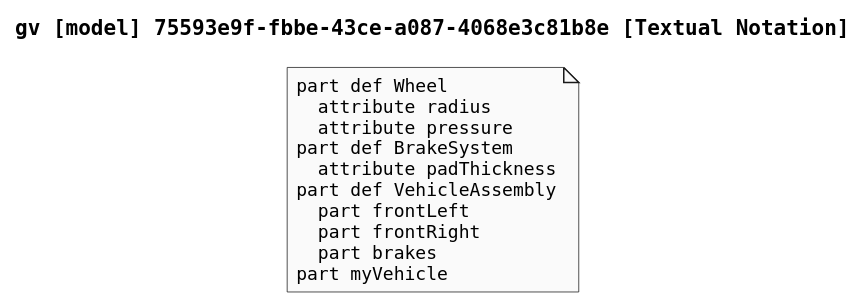
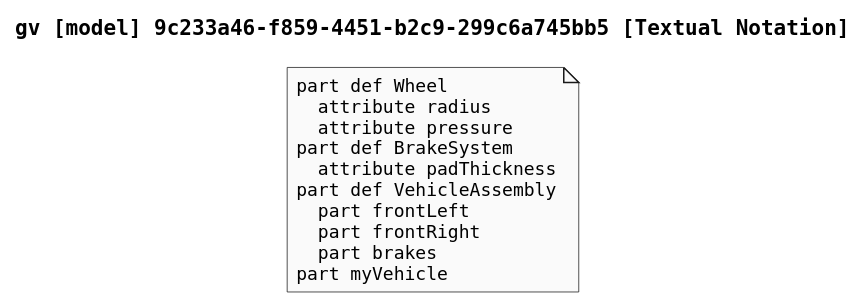
Before and after one commit to mycr0ft/sysml2py: the diagram in docs/plantuml-examples/14-textual-notation.puml, drawn with PlantUML. The commit also changed 32 other files, not shown here.

First line of the commit message:
boxes afv: control nodes with true decision diamonds (diagramboxes 0.5.0)

```diff
--- a/docs/plantuml-examples/14-textual-notation.puml
+++ b/docs/plantuml-examples/14-textual-notation.puml
@@ -1,23 +1,23 @@
 @startuml
 
 skinparam monochrome true
 skinparam defaultFontSize 12
 skinparam defaultFontName Helvetica
 skinparam defaultFontName Monospaced
 
-title gv [model] 75593e9f-fbbe-43ce-a087-4068e3c81b8e [Textual Notation]
+title gv [model] 9c233a46-f859-4451-b2c9-299c6a745bb5 [Textual Notation]
 
 note as TextualNotation
 part def Wheel
   attribute radius
   attribute pressure
 part def BrakeSystem
   attribute padThickness
 part def VehicleAssembly
   part frontLeft
   part frontRight
   part brakes
 part myVehicle
 end note
 
 @enduml
```
